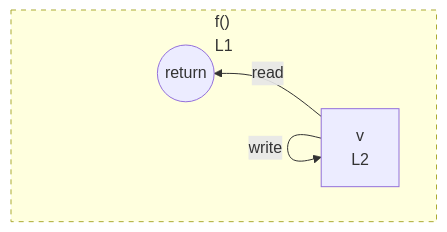
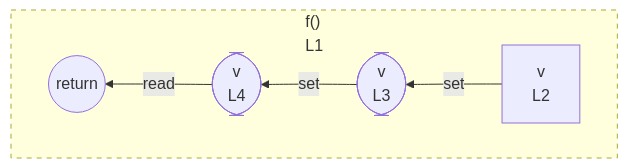
Before and after one commit to crescware/unsnarl: the diagram in integration/fixtures/function-let/preview.md, drawn with Mermaid. The commit also changed 12 other files, not shown here.

First line of the commit message:
feat(mermaid): chain let writes through dedicated write-op nodes

````diff
--- a/integration/fixtures/function-let/preview.md
+++ b/integration/fixtures/function-let/preview.md
@@ -16,13 +16,15 @@
 ```mermaid
 flowchart RL
   subgraph n_scope_0_f_9["f()<br/>L1"]
     direction RL
     return_scope_0_f_9((return))
     n_scope_1_v_21["v<br/>L2"]
+    wr_ref_0(["v<br/>L3"])
+    wr_ref_1(["v<br/>L4"])
   end
-  n_scope_1_v_21 -->|write| n_scope_1_v_21
-  n_scope_1_v_21 -->|write| n_scope_1_v_21
-  n_scope_1_v_21 -->|read| return_scope_0_f_9
+  n_scope_1_v_21 -->|set| wr_ref_0
+  wr_ref_0 -->|set| wr_ref_1
+  wr_ref_1 -->|read| return_scope_0_f_9
   classDef unused stroke-dasharray: 5 5;
   class n_scope_0_f_9 unused;
 ```
````
